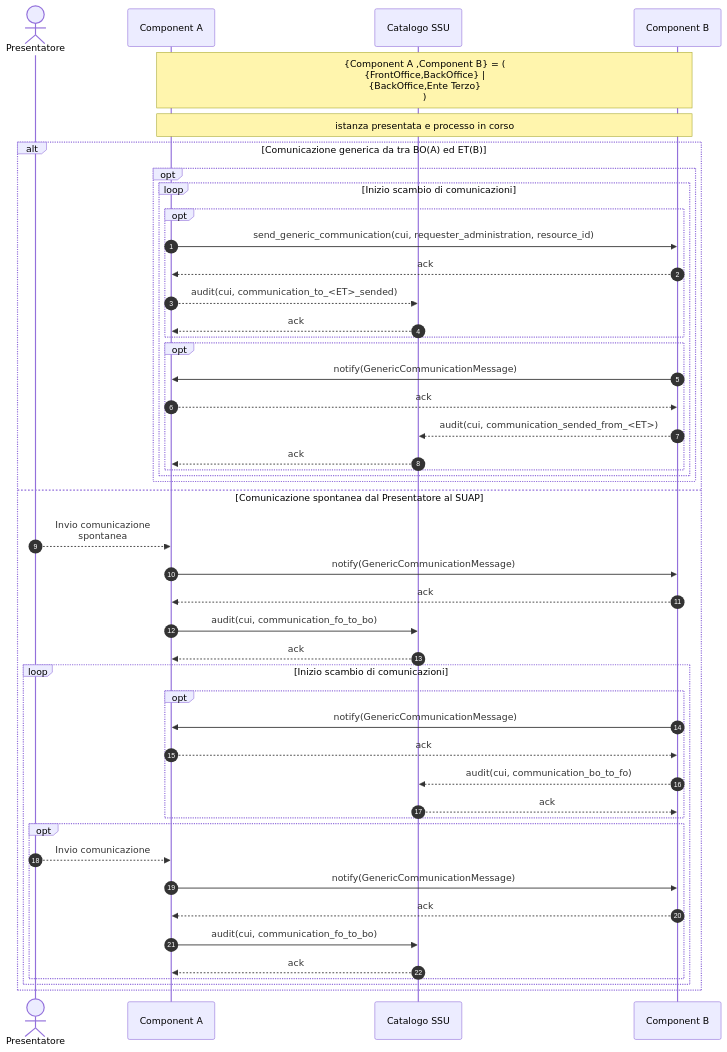
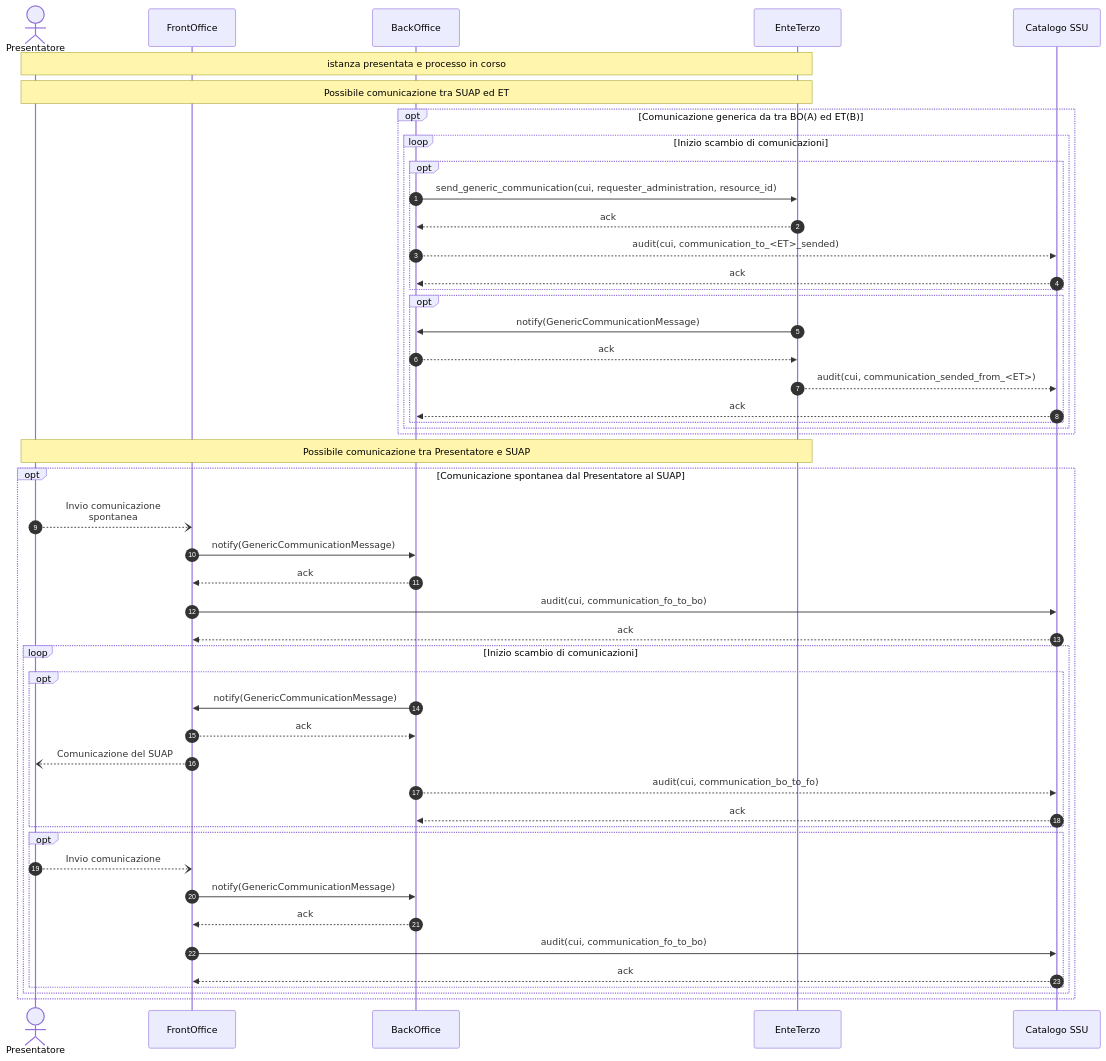
The diagram in sequence-diagram/ComunicazioneGenerica.mermaid (AgID/specifiche-tecniche-DPR-160-2010), drawn with Mermaid before and after one commit.

Commit message:
update sequence

```diff
--- a/sequence-diagram/ComunicazioneGenerica.mermaid
+++ b/sequence-diagram/ComunicazioneGenerica.mermaid
@@ -1,58 +1,58 @@
 sequenceDiagram
     autonumber
       
     actor P as Presentatore  
-    participant A as Component A 
-    participant C as Catalogo SSU 
-    participant B as Component B
+    participant F as FrontOffice 
+    participant B as BackOffice
+    participant E as EnteTerzo
+    participant C as Catalogo SSU
 
    
-    Note over A,B: {Component A ,Component B} = (<br/>{FrontOffice,BackOffice} |<br/> {BackOffice,Ente Terzo} <br/>)
+    Note over P,E: istanza presentata e processo in corso
 
-   
-    Note over A,B: istanza presentata e processo in corso
-
-    alt Comunicazione generica da tra BO(A) ed ET(B)
-
-        opt
-            loop Inizio scambio di comunicazioni
-                opt        
-                    A->>B: send_generic_communication(cui, requester_administration, resource_id)
-                    B-->>A: ack
-                    A-->>C: audit(cui, communication_to_<ET>_sended)
-                    C-->>A: ack
-                end
-                opt        
-                    B->>A: notify(GenericCommunicationMessage)
-                    A-->>B: ack
-                    B-->>C: audit(cui, communication_sended_from_<ET>)
-                    C-->>A: ack
-                end
+    Note over P,E: Possibile comunicazione tra SUAP ed ET
+    opt Comunicazione generica da tra BO(A) ed ET(B)
+        
+        loop Inizio scambio di comunicazioni
+            opt        
+                B->>E: send_generic_communication(cui, requester_administration, resource_id)
+                E-->>B: ack
+                B-->>C: audit(cui, communication_to_<ET>_sended)
+                C-->>B: ack
+            end
+            opt        
+                E->>B: notify(GenericCommunicationMessage)
+                B-->>E: ack
+                E-->>C: audit(cui, communication_sended_from_<ET>)
+                C-->>B: ack
             end
         end
+    end   
     
-    else Comunicazione spontanea dal Presentatore al SUAP
+    Note over P,E: Possibile comunicazione tra Presentatore e SUAP
+    opt Comunicazione spontanea dal Presentatore al SUAP
 
-        P-->>A: Invio comunicazione<br/>spontanea
-        A->> B: notify(GenericCommunicationMessage)
-        B -->> A: ack
-        A->> C: audit(cui, communication_fo_to_bo)
-        C -->> A: ack
+        P--)F: Invio comunicazione<br/>spontanea
+        F->> B: notify(GenericCommunicationMessage)
+        B -->> F: ack
+        F->> C: audit(cui, communication_fo_to_bo)
+        C -->> F: ack
 
         loop Inizio scambio di comunicazioni
             opt
-                B->>A: notify(GenericCommunicationMessage)
-                A-->>B: ack
+                B->>F: notify(GenericCommunicationMessage)
+                F-->>B: ack
+                F--)P: Comunicazione del SUAP
                 B-->>C: audit(cui, communication_bo_to_fo)
                 C-->>B: ack
             end
             opt
-                P-->>A: Invio comunicazione
-                A->> B: notify(GenericCommunicationMessage)
-                B -->> A: ack
-                A->> C: audit(cui, communication_fo_to_bo)
-                C -->> A: ack
+                P--)F: Invio comunicazione
+                F->> B: notify(GenericCommunicationMessage)
+                B -->> F: ack
+                F->> C: audit(cui, communication_fo_to_bo)
+                C -->> F: ack
             end
         end
 
     end
```
